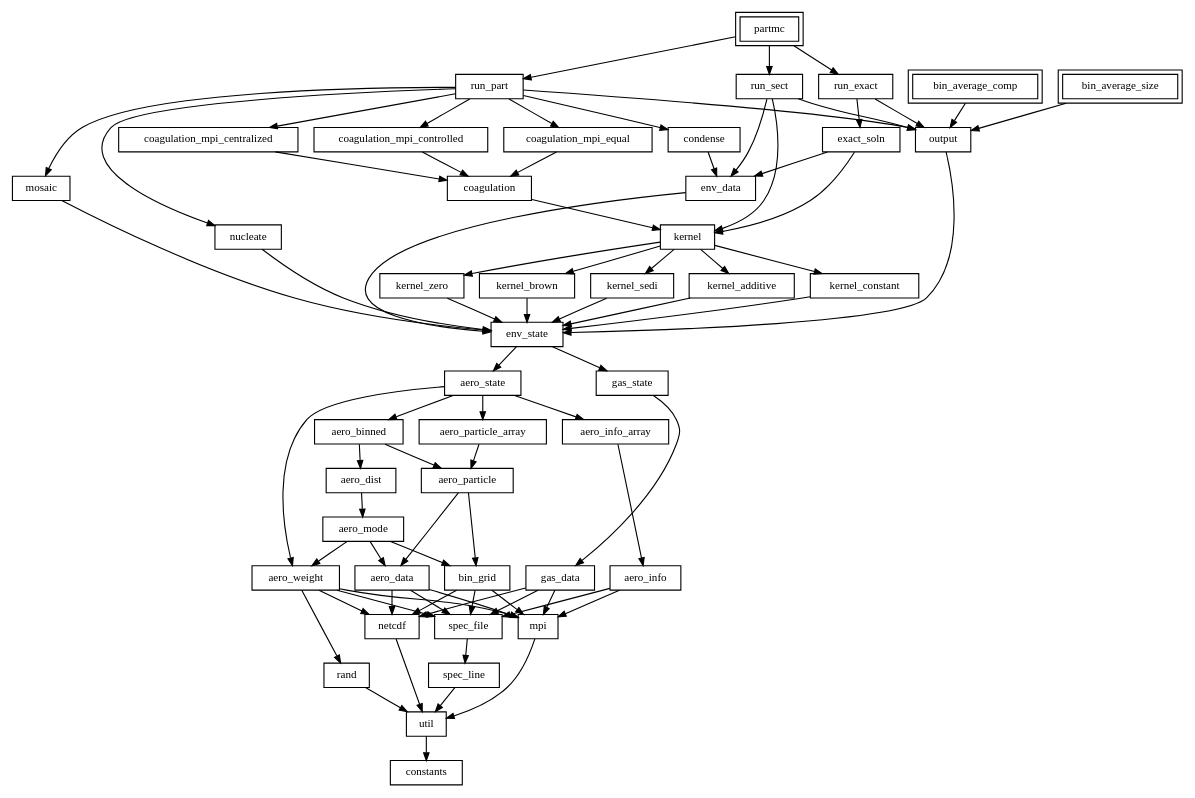
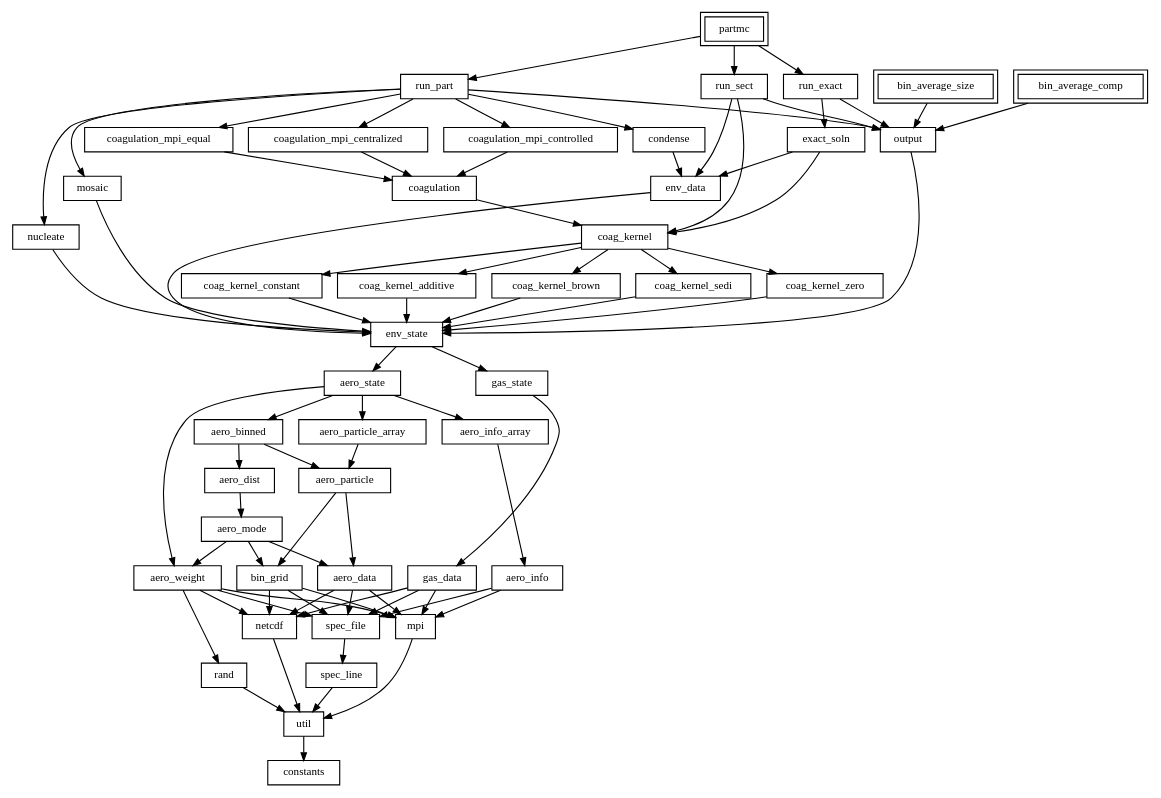
Before and after one commit to compdyn/partmc: the diagram in doc/partmc_modules.gv, drawn with Graphviz.

Commit message:
regenerated modules graph

```diff
--- a/doc/partmc_modules.gv
+++ b/doc/partmc_modules.gv
@@ -1,125 +1,125 @@
 digraph partmc_modules {
     rankdir = TB;
     node [fontsize = 10, height = 0.3, width = 0.5];
     graph [nodesep = 0.2, ranksep = 0.3];
     edge [arrowsize = 0.7];
     node [shape = box, peripheries = 1, href = "\ref coagulation_mpi_controlled.f90"] coagulation_mpi_controlled
     node [shape = box, peripheries = 1, href = "\ref aero_weight.f90"] aero_weight
     node [shape = box, peripheries = 1, href = "\ref coagulation_mpi_equal.f90"] coagulation_mpi_equal
-    node [shape = box, peripheries = 1, href = "\ref kernel.f90"] kernel
+    node [shape = box, peripheries = 1, href = "\ref coag_kernel.f90"] coag_kernel
+    node [shape = box, peripheries = 1, href = "\ref coag_kernel_zero.f90"] coag_kernel_zero
+    node [shape = box, peripheries = 1, href = "\ref coag_kernel_constant.f90"] coag_kernel_constant
     node [shape = box, peripheries = 1, href = "\ref netcdf.f90"] netcdf
     node [shape = box, peripheries = 1, href = "\ref nucleate.f90"] nucleate
     node [shape = box, peripheries = 1, href = "\ref bin_grid.f90"] bin_grid
     node [shape = box, peripheries = 1, href = "\ref aero_dist.f90"] aero_dist
     node [shape = box, peripheries = 1, href = "\ref aero_binned.f90"] aero_binned
     node [shape = box, peripheries = 1, href = "\ref exact_soln.f90"] exact_soln
-    node [shape = box, peripheries = 1, href = "\ref kernel_constant.f90"] kernel_constant
-    node [shape = box, peripheries = 1, href = "\ref kernel_zero.f90"] kernel_zero
-    node [shape = box, peripheries = 1, href = "\ref kernel_brown.f90"] kernel_brown
+    node [shape = box, peripheries = 2, href = "\ref partmc.f90"] partmc
     node [shape = box, peripheries = 1, href = "\ref spec_line.f90"] spec_line
-    node [shape = box, peripheries = 1, href = "\ref kernel_sedi.f90"] kernel_sedi
     node [shape = box, peripheries = 1, href = "\ref run_sect.f90"] run_sect
     node [shape = box, peripheries = 1, href = "\ref spec_file.f90"] spec_file
     node [shape = box, peripheries = 1, href = "\ref condense.f90"] condense
-    node [shape = box, peripheries = 2, href = "\ref partmc.f90"] partmc
     node [shape = box, peripheries = 2, href = "\ref bin_average_comp.f90"] bin_average_comp
     node [shape = box, peripheries = 1, href = "\ref mosaic.f90"] mosaic
+    node [shape = box, peripheries = 1, href = "\ref coag_kernel_additive.f90"] coag_kernel_additive
     node [shape = box, peripheries = 1, href = "\ref rand.f90"] rand
-    node [shape = box, peripheries = 1, href = "\ref env_state.f90"] env_state
+    node [shape = box, peripheries = 1, href = "\ref coag_kernel_brown.f90"] coag_kernel_brown
     node [shape = box, peripheries = 1, href = "\ref gas_state.f90"] gas_state
     node [shape = box, peripheries = 1, href = "\ref coagulation_mpi_centralized.f90"] coagulation_mpi_centralized
     node [shape = box, peripheries = 1, href = "\ref aero_state.f90"] aero_state
     node [shape = box, peripheries = 1, href = "\ref aero_particle.f90"] aero_particle
     node [shape = box, peripheries = 1, href = "\ref mpi.f90"] mpi
     node [shape = box, peripheries = 1, href = "\ref aero_info_array.f90"] aero_info_array
     node [shape = box, peripheries = 1, href = "\ref env_data.f90"] env_data
-    node [shape = box, peripheries = 1, href = "\ref kernel_additive.f90"] kernel_additive
     node [shape = box, peripheries = 1, href = "\ref aero_mode.f90"] aero_mode
     node [shape = box, peripheries = 1, href = "\ref gas_data.f90"] gas_data
     node [shape = box, peripheries = 1, href = "\ref aero_data.f90"] aero_data
     node [shape = box, peripheries = 1, href = "\ref constants.f90"] constants
     node [shape = box, peripheries = 2, href = "\ref bin_average_size.f90"] bin_average_size
     node [shape = box, peripheries = 1, href = "\ref run_part.f90"] run_part
     node [shape = box, peripheries = 1, href = "\ref util.f90"] util
+    node [shape = box, peripheries = 1, href = "\ref coag_kernel_sedi.f90"] coag_kernel_sedi
     node [shape = box, peripheries = 1, href = "\ref aero_particle_array.f90"] aero_particle_array
     node [shape = box, peripheries = 1, href = "\ref coagulation.f90"] coagulation
+    node [shape = box, peripheries = 1, href = "\ref env_state.f90"] env_state
     node [shape = box, peripheries = 1, href = "\ref output.f90"] output
     node [shape = box, peripheries = 1, href = "\ref run_exact.f90"] run_exact
     node [shape = box, peripheries = 1, href = "\ref aero_info.f90"] aero_info
     coagulation_mpi_controlled -> coagulation
     aero_weight -> rand
     aero_weight -> spec_file
     aero_weight -> mpi
     aero_weight -> netcdf
     coagulation_mpi_equal -> coagulation
-    kernel -> kernel_brown
-    kernel -> kernel_sedi
-    kernel -> kernel_additive
-    kernel -> kernel_constant
-    kernel -> kernel_zero
+    coag_kernel -> coag_kernel_zero
+    coag_kernel -> coag_kernel_sedi
+    coag_kernel -> coag_kernel_constant
+    coag_kernel -> coag_kernel_brown
+    coag_kernel -> coag_kernel_additive
+    coag_kernel_zero -> env_state
+    coag_kernel_constant -> env_state
     netcdf -> util
     nucleate -> env_state
     bin_grid -> netcdf
     bin_grid -> spec_file
     bin_grid -> mpi
     aero_dist -> aero_mode
     aero_binned -> aero_particle
     aero_binned -> aero_dist
-    exact_soln -> kernel
+    exact_soln -> coag_kernel
     exact_soln -> env_data
-    kernel_constant -> env_state
-    kernel_zero -> env_state
-    kernel_brown -> env_state
+    partmc -> run_exact
+    partmc -> run_part
+    partmc -> run_sect
     spec_line -> util
-    kernel_sedi -> env_state
-    run_sect -> kernel
+    run_sect -> coag_kernel
     run_sect -> env_data
     run_sect -> output
     spec_file -> spec_line
     condense -> env_data
-    partmc -> run_exact
-    partmc -> run_part
-    partmc -> run_sect
     bin_average_comp -> output
     mosaic -> env_state
+    coag_kernel_additive -> env_state
     rand -> util
-    env_state -> gas_state
-    env_state -> aero_state
+    coag_kernel_brown -> env_state
     gas_state -> gas_data
     coagulation_mpi_centralized -> coagulation
     aero_state -> aero_weight
     aero_state -> aero_info_array
     aero_state -> aero_particle_array
     aero_state -> aero_binned
     aero_particle -> bin_grid
     aero_particle -> aero_data
     mpi -> util
     aero_info_array -> aero_info
     env_data -> env_state
-    kernel_additive -> env_state
     aero_mode -> aero_weight
     aero_mode -> bin_grid
     aero_mode -> aero_data
     gas_data -> mpi
     gas_data -> netcdf
     gas_data -> spec_file
     aero_data -> mpi
     aero_data -> netcdf
     aero_data -> spec_file
     bin_average_size -> output
     run_part -> coagulation_mpi_controlled
     run_part -> coagulation_mpi_equal
     run_part -> coagulation_mpi_centralized
     run_part -> nucleate
     run_part -> mosaic
     run_part -> condense
     run_part -> output
     util -> constants
+    coag_kernel_sedi -> env_state
     aero_particle_array -> aero_particle
-    coagulation -> kernel
+    coagulation -> coag_kernel
+    env_state -> gas_state
+    env_state -> aero_state
     output -> env_state
     run_exact -> output
     run_exact -> exact_soln
     aero_info -> mpi
     aero_info -> spec_file
 }
```
